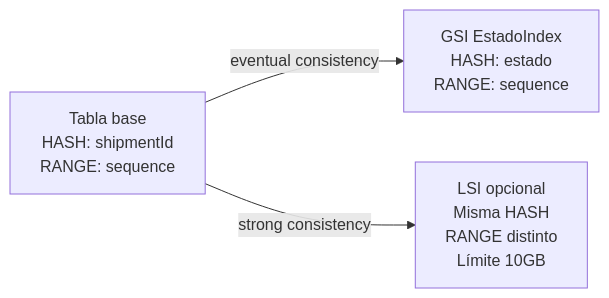
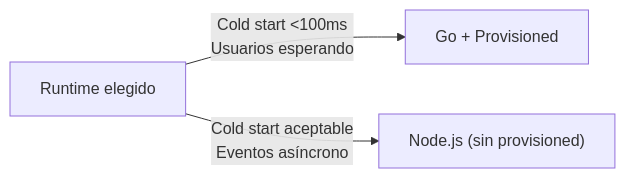
One commit to NICORUIZ93/The_Imperial_Book changed the second of 4 diagrams in web/public/content/cloud/modulo-4.md. Above: the diagram before and after it, drawn with Mermaid. The commit also changed other lines of this file and 305 other files, not shown here.

````diff
--- a/web/public/content/cloud/modulo-4.md
+++ b/web/public/content/cloud/modulo-4.md
@@ -299,6 +69,6 @@
 ```mermaid
 flowchart LR
-    Primary["Tabla base<br/>HASH: shipmentId<br/>RANGE: sequence"]
-    Primary -->|"eventual consistency"| GSI["GSI EstadoIndex<br/>HASH: estado<br/>RANGE: sequence"]
-    Primary -->|"strong consistency"| LSI["LSI opcional<br/>Misma HASH<br/>RANGE distinto<br/>Límite 10GB"]
+    RuntimeChoice["Runtime elegido"]
+    RuntimeChoice -->|"Cold start <100ms<br/>Usuarios esperando"| Go["Go + Provisioned"]
+    RuntimeChoice -->|"Cold start aceptable<br/>Eventos asíncrono"| NodeJS["Node.js (sin provisioned)"]
 ```
````
